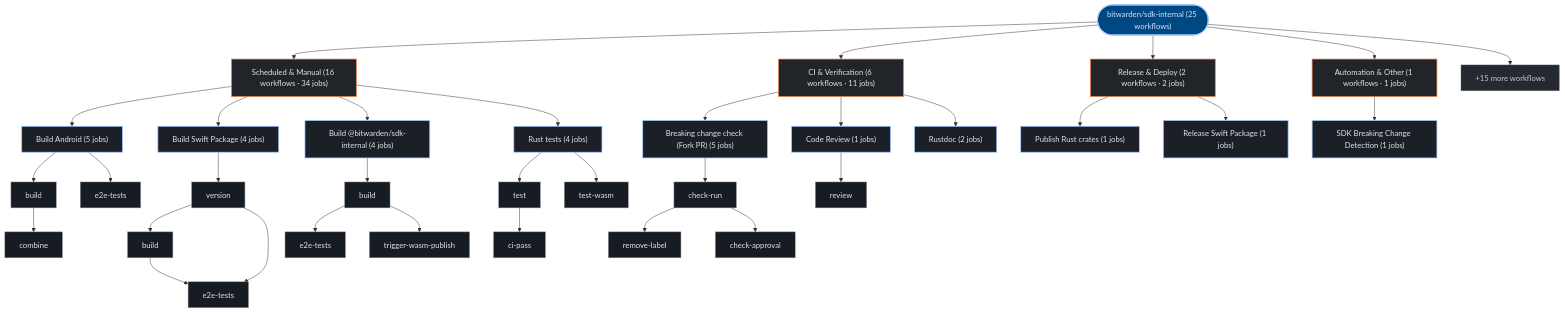
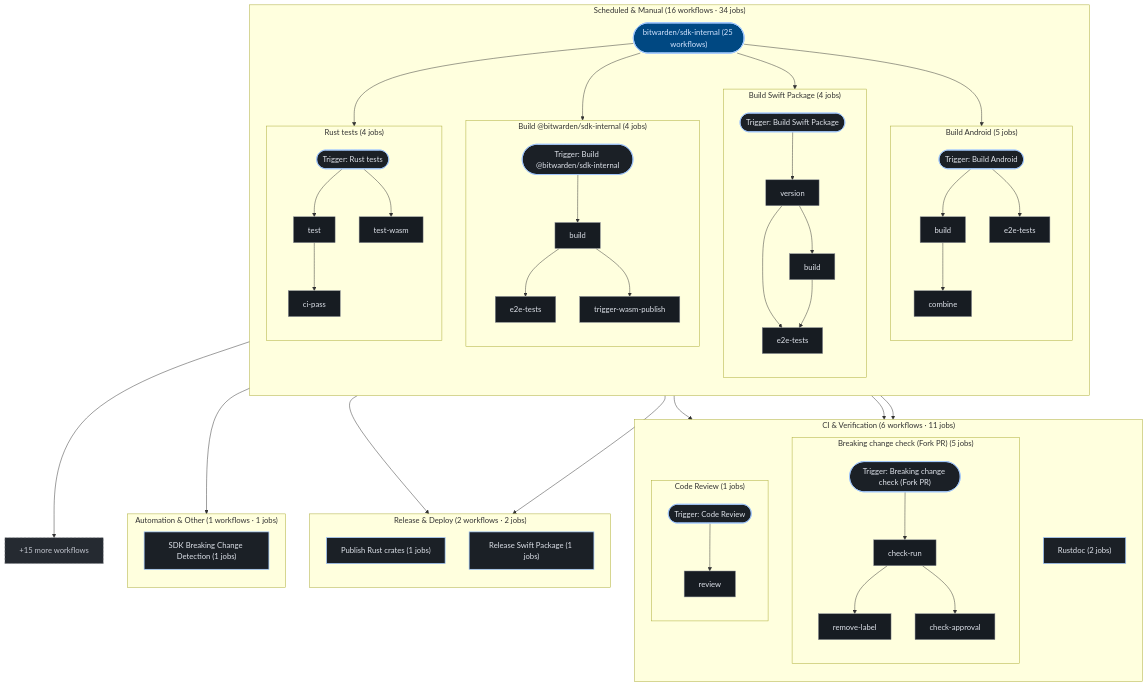
One commit to kumarshaz/atruss-code-atlas changed the third of 3 diagrams in exports/latest/reports/bitwarden-sdk-internal-report.md. Above: the diagram before and after it, drawn with Mermaid. The commit also changed 181 other files, not shown here.

````diff
--- a/exports/latest/reports/bitwarden-sdk-internal-report.md
+++ b/exports/latest/reports/bitwarden-sdk-internal-report.md
@@ -385,67 +385,89 @@
   classDef atlasAlert fill:#93000a,stroke:#ffb4ab,stroke-width:1.5px,color:#ffdad6
   classDef atlasMore fill:#252a31,stroke:#8d9199,stroke-dasharray:4 4,color:#c3c6cf
   pipeline_root(["bitwarden/sdk-internal (25 workflows)"]):::atlasRoot
-  grp_0_Scheduled___Manual["Scheduled & Manual (16 workflows · 34 jobs)"]:::atlasCategory
-  pipeline_root --> grp_0_Scheduled___Manual
-  wf_2_Build_Android["Build Android (5 jobs)"]:::atlasWorkflow
-  grp_0_Scheduled___Manual --> wf_2_Build_Android
-  job_2_build["build"]:::atlasJob
-  job_2_combine["combine"]:::atlasJob
-  job_2_e2e_tests["e2e-tests"]:::atlasJob
-  wf_2_Build_Android --> job_2_build
-  job_2_build --> job_2_combine
-  wf_2_Build_Android --> job_2_e2e_tests
-  wf_4_Build_Swift_Package["Build Swift Package (4 jobs)"]:::atlasWorkflow
-  grp_0_Scheduled___Manual --> wf_4_Build_Swift_Package
-  job_4_version["version"]:::atlasJob
-  job_4_build["build"]:::atlasJob
-  job_4_e2e_tests["e2e-tests"]:::atlasJob
-  wf_4_Build_Swift_Package --> job_4_version
-  job_4_version --> job_4_build
-  job_4_version --> job_4_e2e_tests
-  job_4_build --> job_4_e2e_tests
-  wf_5_Build__bitwarden_sdk_internal["Build @bitwarden/sdk-internal (4 jobs)"]:::atlasWorkflow
-  grp_0_Scheduled___Manual --> wf_5_Build__bitwarden_sdk_internal
-  job_5_build["build"]:::atlasJob
-  job_5_e2e_tests["e2e-tests"]:::atlasJob
-  job_5_trigger_wasm_publish["trigger-wasm-publish"]:::atlasJob
-  wf_5_Build__bitwarden_sdk_internal --> job_5_build
-  job_5_build --> job_5_e2e_tests
-  job_5_build --> job_5_trigger_wasm_publish
-  wf_20_Rust_tests["Rust tests (4 jobs)"]:::atlasWorkflow
-  grp_0_Scheduled___Manual --> wf_20_Rust_tests
-  job_20_ci_pass["ci-pass"]:::atlasJob
-  job_20_test["test"]:::atlasJob
-  job_20_test_wasm["test-wasm"]:::atlasJob
-  job_20_test --> job_20_ci_pass
-  wf_20_Rust_tests --> job_20_test
-  wf_20_Rust_tests --> job_20_test_wasm
-  grp_1_CI___Verification["CI & Verification (6 workflows · 11 jobs)"]:::atlasCategory
-  pipeline_root --> grp_1_CI___Verification
-  wf_0_Breaking_change_check__Fork_PR_["Breaking change check (Fork PR) (5 jobs)"]:::atlasWorkflow
-  grp_1_CI___Verification --> wf_0_Breaking_change_check__Fork_PR_
-  job_0_check_run["check-run"]:::atlasJob
-  job_0_remove_label["remove-label"]:::atlasJob
-  job_0_check_approval["check-approval"]:::atlasJob
-  wf_0_Breaking_change_check__Fork_PR_ --> job_0_check_run
-  job_0_check_run --> job_0_remove_label
-  job_0_check_run --> job_0_check_approval
-  wf_19_Code_Review["Code Review (1 jobs)"]:::atlasWorkflow
-  grp_1_CI___Verification --> wf_19_Code_Review
-  job_19_review["review"]:::atlasJob
-  wf_19_Code_Review --> job_19_review
-  wf_21_Rustdoc["Rustdoc (2 jobs)"]:::atlasWorkflow
-  grp_1_CI___Verification --> wf_21_Rustdoc
-  grp_2_Release___Deploy["Release & Deploy (2 workflows · 2 jobs)"]:::atlasCategory
-  pipeline_root --> grp_2_Release___Deploy
-  wf_16_Publish_Rust_crates["Publish Rust crates (1 jobs)"]:::atlasWorkflow
-  grp_2_Release___Deploy --> wf_16_Publish_Rust_crates
-  wf_17_Release_Swift_Package["Release Swift Package (1 jobs)"]:::atlasWorkflow
-  grp_2_Release___Deploy --> wf_17_Release_Swift_Package
-  grp_3_Automation___Other["Automation & Other (1 workflows · 1 jobs)"]:::atlasCategory
-  pipeline_root --> grp_3_Automation___Other
-  wf_9_SDK_Breaking_Change_Detection["SDK Breaking Change Detection (1 jobs)"]:::atlasWorkflow
-  grp_3_Automation___Other --> wf_9_SDK_Breaking_Change_Detection
+  subgraph sg_grp_0_Scheduled___Manual["Scheduled & Manual (16 workflows · 34 jobs)"]
+    direction TB
+    subgraph sg_wf_2_Build_Android["Build Android (5 jobs)"]
+      direction TB
+      wf_2_Build_Android(["Trigger: Build Android"]):::atlasWorkflow
+      job_2_build["build"]:::atlasJob
+      job_2_combine["combine"]:::atlasJob
+      job_2_e2e_tests["e2e-tests"]:::atlasJob
+      wf_2_Build_Android --> job_2_build
+      job_2_build --> job_2_combine
+      wf_2_Build_Android --> job_2_e2e_tests
+    end
+    pipeline_root --> wf_2_Build_Android
+    subgraph sg_wf_4_Build_Swift_Package["Build Swift Package (4 jobs)"]
+      direction TB
+      wf_4_Build_Swift_Package(["Trigger: Build Swift Package"]):::atlasWorkflow
+      job_4_version["version"]:::atlasJob
+      job_4_build["build"]:::atlasJob
+      job_4_e2e_tests["e2e-tests"]:::atlasJob
+      wf_4_Build_Swift_Package --> job_4_version
+      job_4_version --> job_4_build
+      job_4_version --> job_4_e2e_tests
+      job_4_build --> job_4_e2e_tests
+    end
+    pipeline_root --> wf_4_Build_Swift_Package
+    subgraph sg_wf_5_Build__bitwarden_sdk_internal["Build @bitwarden/sdk-internal (4 jobs)"]
+      direction TB
+      wf_5_Build__bitwarden_sdk_internal(["Trigger: Build @bitwarden/sdk-internal"]):::atlasWorkflow
+      job_5_build["build"]:::atlasJob
+      job_5_e2e_tests["e2e-tests"]:::atlasJob
+      job_5_trigger_wasm_publish["trigger-wasm-publish"]:::atlasJob
+      wf_5_Build__bitwarden_sdk_internal --> job_5_build
+      job_5_build --> job_5_e2e_tests
+      job_5_build --> job_5_trigger_wasm_publish
+    end
+    pipeline_root --> wf_5_Build__bitwarden_sdk_internal
+    subgraph sg_wf_20_Rust_tests["Rust tests (4 jobs)"]
+      direction TB
+      wf_20_Rust_tests(["Trigger: Rust tests"]):::atlasWorkflow
+      job_20_ci_pass["ci-pass"]:::atlasJob
+      job_20_test["test"]:::atlasJob
+      job_20_test_wasm["test-wasm"]:::atlasJob
+      job_20_test --> job_20_ci_pass
+      wf_20_Rust_tests --> job_20_test
+      wf_20_Rust_tests --> job_20_test_wasm
+    end
+    pipeline_root --> wf_20_Rust_tests
+  end
+  subgraph sg_grp_1_CI___Verification["CI & Verification (6 workflows · 11 jobs)"]
+    direction TB
+    subgraph sg_wf_0_Breaking_change_check__Fork_PR_["Breaking change check (Fork PR) (5 jobs)"]
+      direction TB
+      wf_0_Breaking_change_check__Fork_PR_(["Trigger: Breaking change check (Fork PR)"]):::atlasWorkflow
+      job_0_check_run["check-run"]:::atlasJob
+      job_0_remove_label["remove-label"]:::atlasJob
+      job_0_check_approval["check-approval"]:::atlasJob
+      wf_0_Breaking_change_check__Fork_PR_ --> job_0_check_run
+      job_0_check_run --> job_0_remove_label
+      job_0_check_run --> job_0_check_approval
+    end
+    pipeline_root --> wf_0_Breaking_change_check__Fork_PR_
+    subgraph sg_wf_19_Code_Review["Code Review (1 jobs)"]
+      direction TB
+      wf_19_Code_Review(["Trigger: Code Review"]):::atlasWorkflow
+      job_19_review["review"]:::atlasJob
+      wf_19_Code_Review --> job_19_review
+    end
+    pipeline_root --> wf_19_Code_Review
+    wf_21_Rustdoc["Rustdoc (2 jobs)"]:::atlasWorkflow
+    pipeline_root --> wf_21_Rustdoc
+  end
+  subgraph sg_grp_2_Release___Deploy["Release & Deploy (2 workflows · 2 jobs)"]
+    direction TB
+    wf_16_Publish_Rust_crates["Publish Rust crates (1 jobs)"]:::atlasWorkflow
+    pipeline_root --> wf_16_Publish_Rust_crates
+    wf_17_Release_Swift_Package["Release Swift Package (1 jobs)"]:::atlasWorkflow
+    pipeline_root --> wf_17_Release_Swift_Package
+  end
+  subgraph sg_grp_3_Automation___Other["Automation & Other (1 workflows · 1 jobs)"]
+    direction TB
+    wf_9_SDK_Breaking_Change_Detection["SDK Breaking Change Detection (1 jobs)"]:::atlasWorkflow
+    pipeline_root --> wf_9_SDK_Breaking_Change_Detection
+  end
   wf_more["+15 more workflows"]:::atlasMore
   pipeline_root --> wf_more
 ```
````
